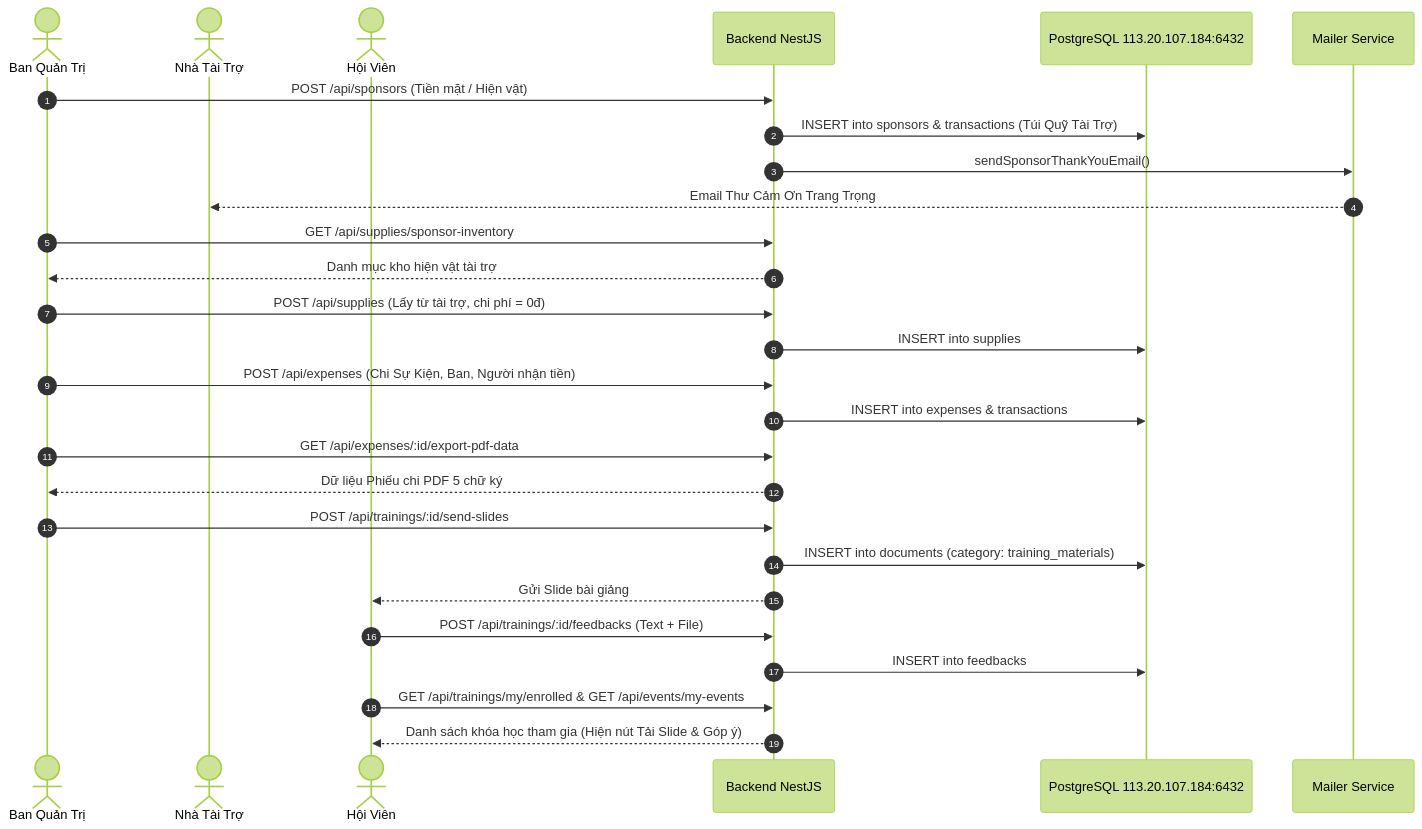
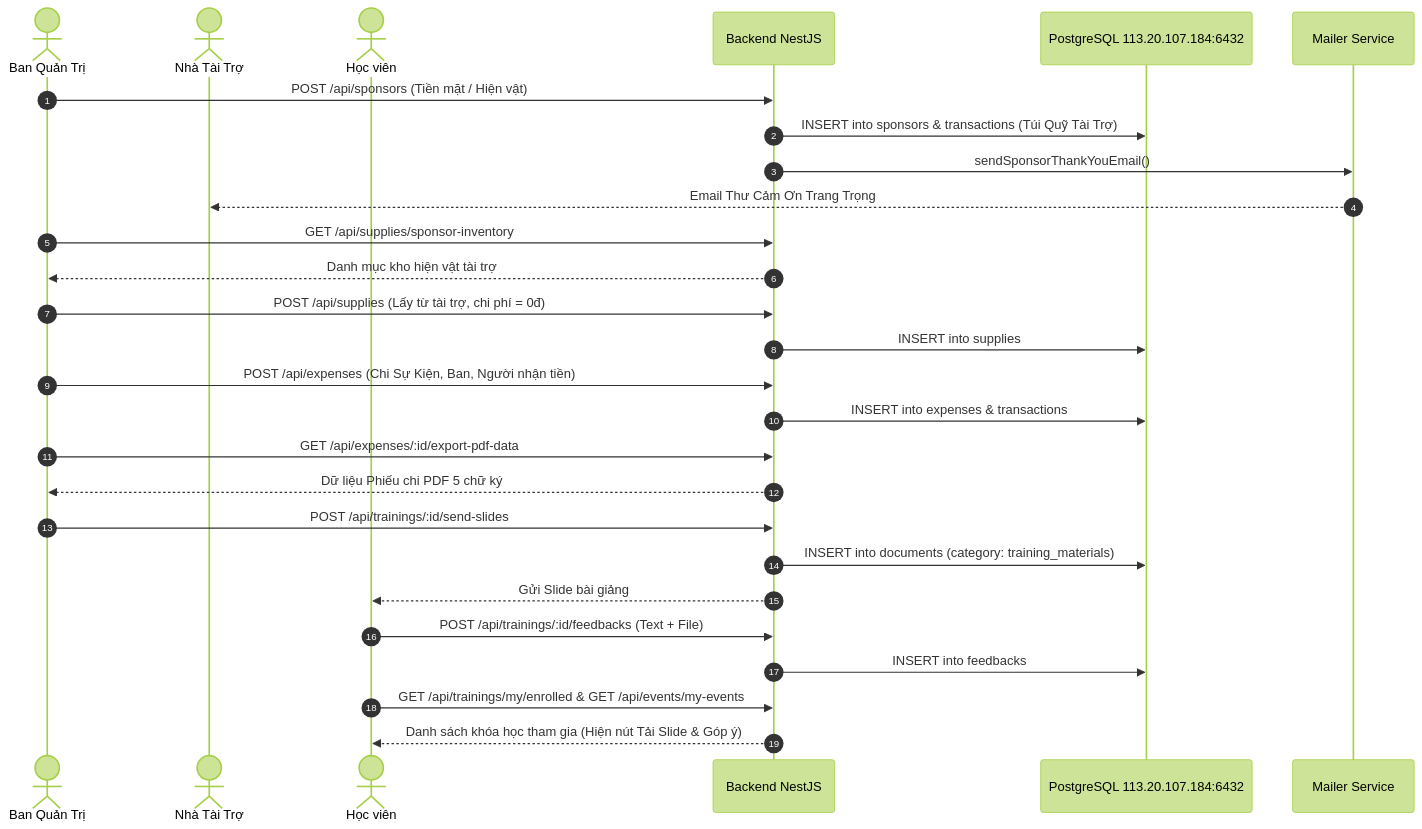
One commit to viconnect-product-team/ceoHN10_project changed the diagram in document/THIET_KE_RESTFUL_API_CEOHN10.md. Above: the diagram before and after it, drawn with Mermaid (forest theme). The commit also changed other lines of this file and 614 other files, not shown here.

````diff
--- a/document/THIET_KE_RESTFUL_API_CEOHN10.md
+++ b/document/THIET_KE_RESTFUL_API_CEOHN10.md
@@ -418,39 +418,39 @@
 ```mermaid
 sequenceDiagram
     autonumber
     actor Admin as Ban Quản Trị
     actor Sponsor as Nhà Tài Trợ
-    actor Member as Hội Viên
+    actor Member as Học viên
     participant BE as Backend NestJS
     participant DB as PostgreSQL 113.20.107.184:6432
     participant Mail as Mailer Service
     
     %% UC-6: Tài Trợ
     Admin->>BE: POST /api/sponsors (Tiền mặt / Hiện vật)
     BE->>DB: INSERT into sponsors & transactions (Túi Quỹ Tài Trợ)
     BE->>Mail: sendSponsorThankYouEmail()
     Mail-->>Sponsor: Email Thư Cảm Ơn Trang Trọng
     
     %% UC-4: Hậu cần xin cấp hiện vật
     Admin->>BE: GET /api/supplies/sponsor-inventory
     BE-->>Admin: Danh mục kho hiện vật tài trợ
     Admin->>BE: POST /api/supplies (Lấy từ tài trợ, chi phí = 0đ)
     BE->>DB: INSERT into supplies
     
     %% UC-5: Xuất Phiếu Chi PDF
     Admin->>BE: POST /api/expenses (Chi Sự Kiện, Ban, Người nhận tiền)
     BE->>DB: INSERT into expenses & transactions
     Admin->>BE: GET /api/expenses/:id/export-pdf-data
     BE-->>Admin: Dữ liệu Phiếu chi PDF 5 chữ ký
     
     %% UC-3: Khóa Học & Phát Slide
     Admin->>BE: POST /api/trainings/:id/send-slides
     BE->>DB: INSERT into documents (category: training_materials)
     BE-->>Member: Gửi Slide bài giảng
     Member->>BE: POST /api/trainings/:id/feedbacks (Text + File)
     BE->>DB: INSERT into feedbacks
     
     %% I.1: Dashboard Tổng Quan
     Member->>BE: GET /api/trainings/my/enrolled & GET /api/events/my-events
     BE-->>Member: Danh sách khóa học tham gia (Hiện nút Tải Slide & Góp ý)
 ```
````
